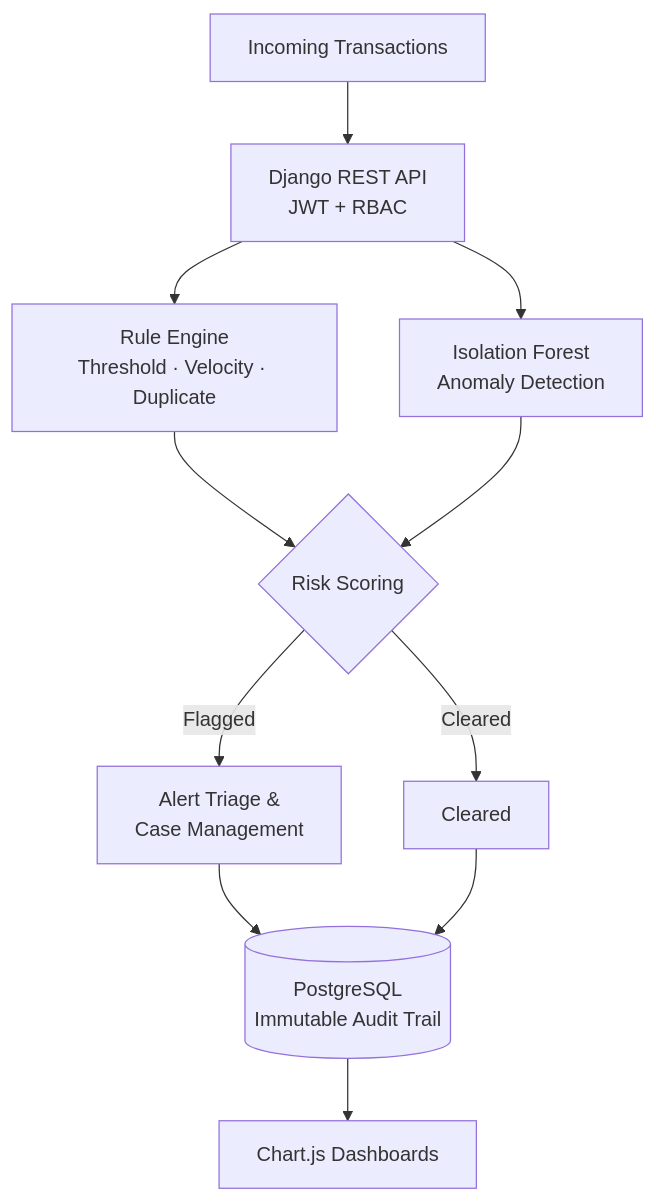
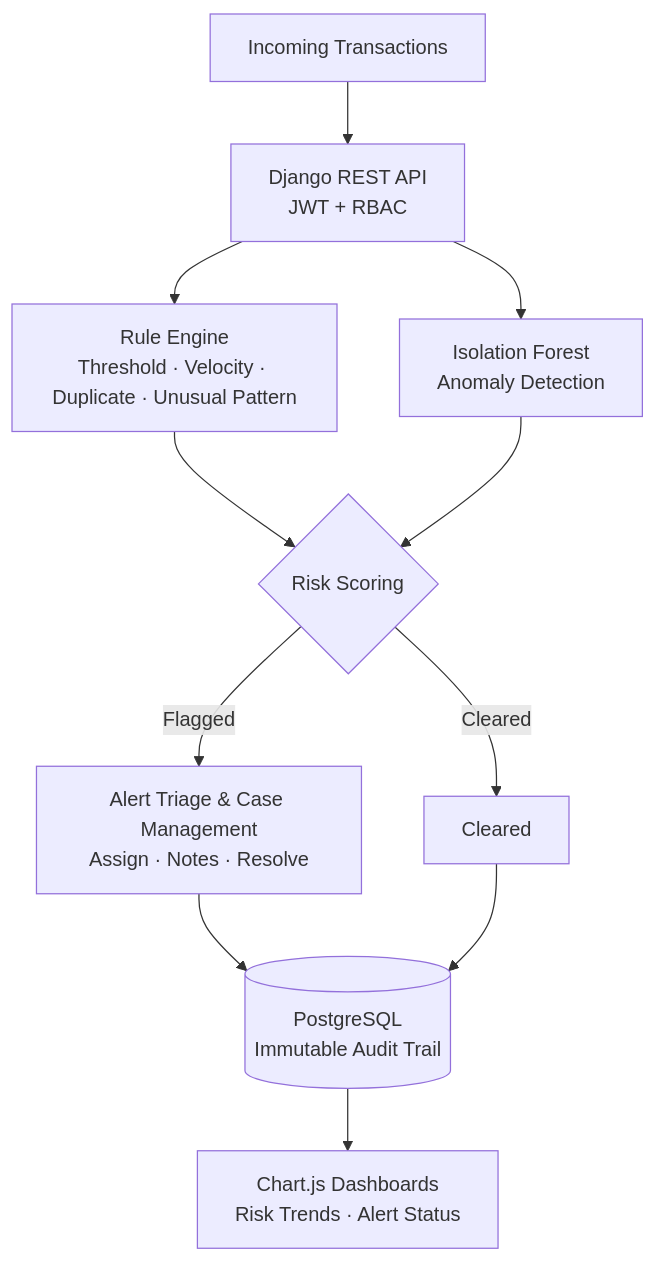
Before and after one commit to punniyam26-hash/punniyam26-hash: the first of 2 diagrams in README.md, drawn with Mermaid. The commit also changed other lines of this file, not shown here.

````diff
--- a/README.md
+++ b/README.md
@@ -262,13 +91,13 @@
-        <div class="mermaid">
+```mermaid
 flowchart TD
     A[Incoming Transactions] --> B[Django REST API<br/>JWT + RBAC]
-    B --> C[Rule Engine<br/>Threshold · Velocity · Duplicate]
+    B --> C[Rule Engine<br/>Threshold · Velocity · Duplicate · Unusual Pattern]
     B --> D[Isolation Forest<br/>Anomaly Detection]
     C --> E{Risk Scoring}
     D --> E
-    E -->|Flagged| F[Alert Triage &<br/>Case Management]
+    E -->|Flagged| F[Alert Triage & Case Management<br/>Assign · Notes · Resolve]
     E -->|Cleared| G[Cleared]
     F --> H[(PostgreSQL<br/>Immutable Audit Trail)]
     G --> H
-    H --> I[Chart.js Dashboards]
-        </div>
+    H --> I[Chart.js Dashboards<br/>Risk Trends · Alert Status]
+```
````
